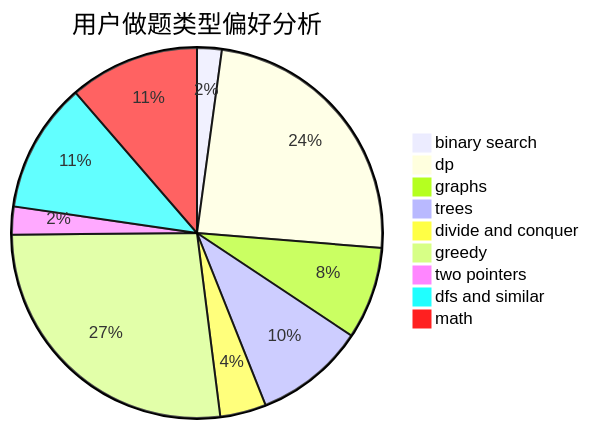
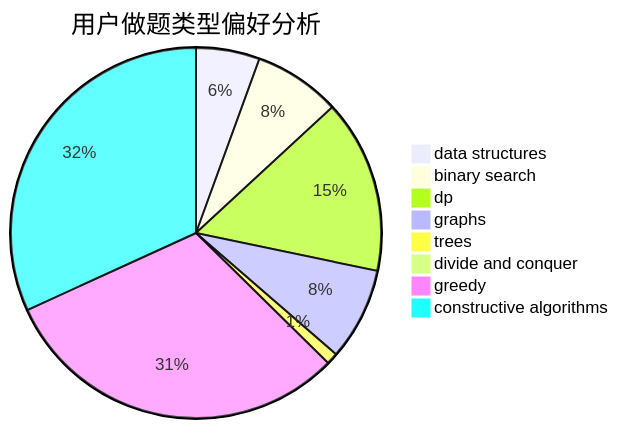
One commit to sherpahu/cfrs.github.io changed the second of 3 diagrams in docs/user/u231.md. Above: the diagram before and after it, drawn with Mermaid. The commit also changed other lines of this file and 2775 other files, not shown here.

````diff
--- a/docs/user/u231.md
+++ b/docs/user/u231.md
@@ -23,12 +23,11 @@
 ```mermaid
 pie title 用户做题类型偏好分析
+    "data structures" :  11
     "binary search" :  15
-    "dp" :  168
-    "graphs" :  56
-    "trees" :  67
-    "divide and conquer" :  28
-    "greedy" :  187
-    "two pointers" :  17
-    "dfs and similar" :  79
-    "math" :  79
+    "dp" :  30
+    "graphs" :  16
+    "trees" :  2
+    "divide and conquer" :  0
+    "greedy" :  61
+    "constructive algorithms" :  63
 ```
````
